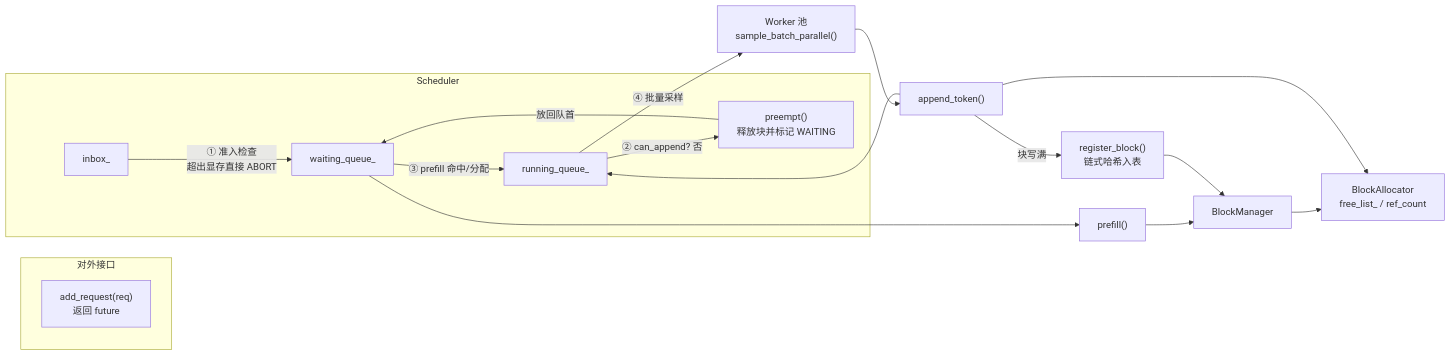
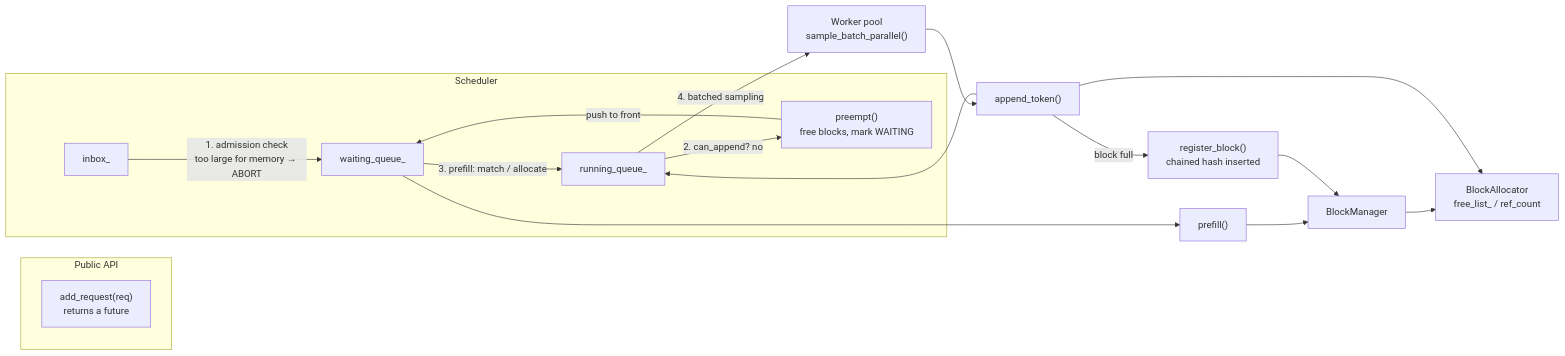
Before and after one commit to laoyeye831/learn-vllm-paged-kvcache: the first of 2 diagrams in README.md, drawn with Mermaid. The commit also changed other lines of this file and 1 other file, not shown here.

````diff
--- a/README.md
+++ b/README.md
@@ -33,24 +37,24 @@
 ```mermaid
 flowchart LR
-    subgraph API["对外接口"]
-        AR["add_request(req)<br/>返回 future"]
+    subgraph API["Public API"]
+        AR["add_request(req)<br/>returns a future"]
     end
 
     subgraph Scheduler["Scheduler"]
-        IN["inbox_"] -->|"① 准入检查<br/>超出显存直接 ABORT"| WT["waiting_queue_"]
-        WT -->|"③ prefill 命中/分配"| RUN["running_queue_"]
-        RUN -->|"② can_append? 否"| PRE["preempt()<br/>释放块并标记 WAITING"]
-        PRE -->|"放回队首"| WT
+        IN["inbox_"] -->|"1. admission check<br/>too large for memory &rarr; ABORT"| WT["waiting_queue_"]
+        WT -->|"3. prefill: match / allocate"| RUN["running_queue_"]
+        RUN -->|"2. can_append? no"| PRE["preempt()<br/>free blocks, mark WAITING"]
+        PRE -->|"push to front"| WT
     end
 
-    RUN -->|"④ 批量采样"| POOL["Worker 池<br/>sample_batch_parallel()"]
+    RUN -->|"4. batched sampling"| POOL["Worker pool<br/>sample_batch_parallel()"]
     POOL --> AT["append_token()"]
     AT --> RUN
-    AT -->|"块写满"| REG["register_block()<br/>链式哈希入表"]
+    AT -->|"block full"| REG["register_block()<br/>chained hash inserted"]
 
     WT --> PRE2["prefill()"]
     PRE2 --> MG["BlockManager"]
     REG --> MG
     MG --> AL["BlockAllocator<br/>free_list_ / ref_count"]
     AT --> AL
 ```
````
